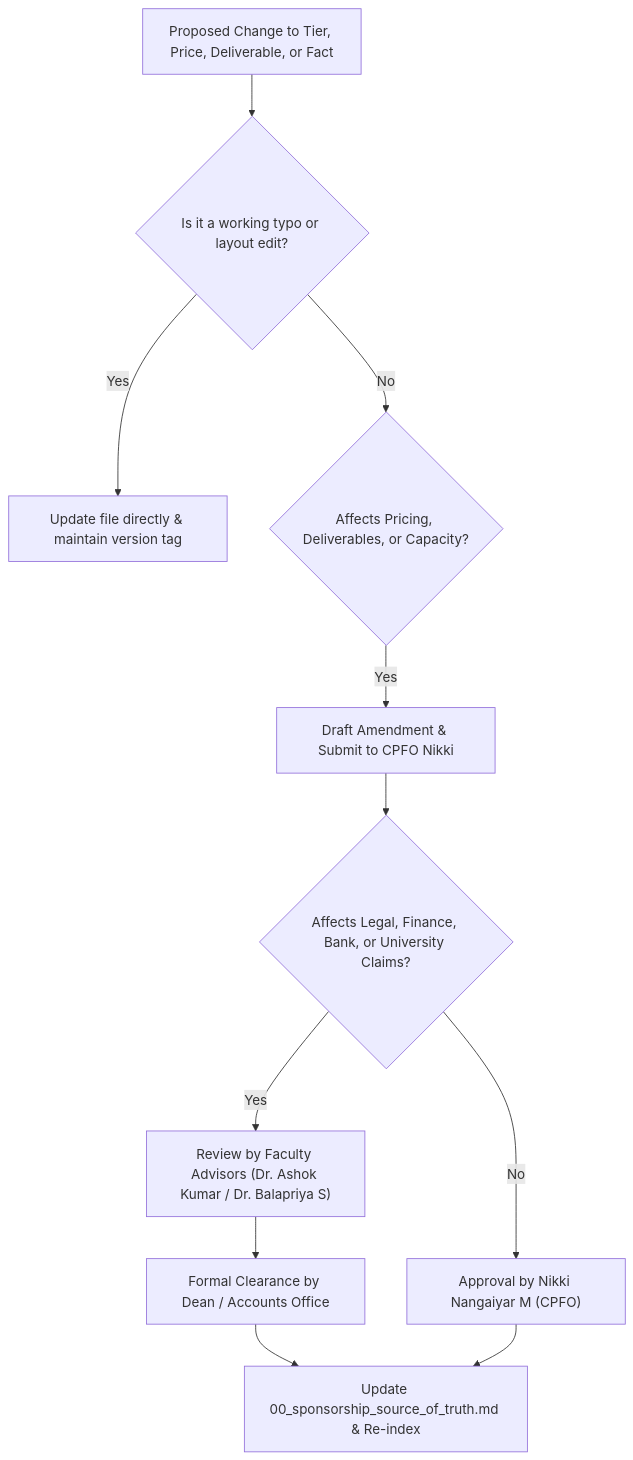
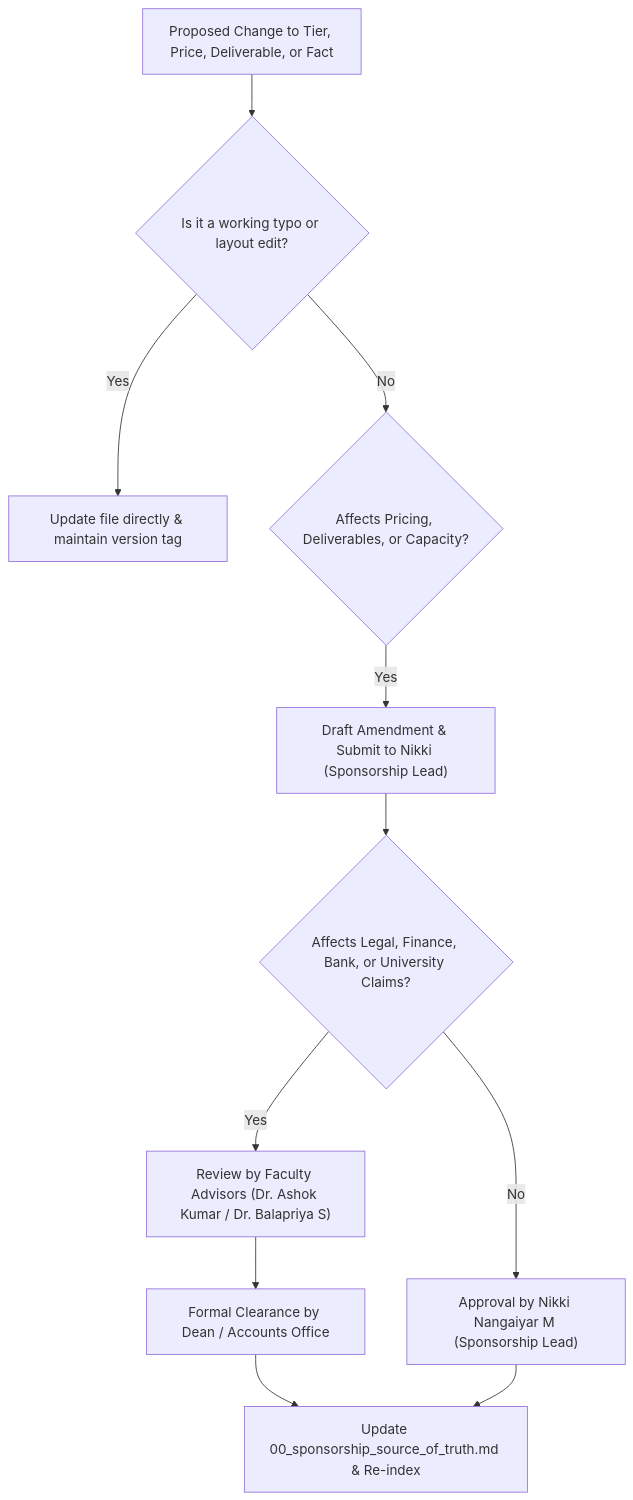
One commit to MasterZ1311/Kairos changed the diagram in teams/01_sponsorship_and_partnerships/00_sponsorship_source_of_truth.md. Above: the diagram before and after it, drawn with Mermaid. The commit also changed other lines of this file and 48 other files, not shown here.

````diff
--- a/teams/01_sponsorship_and_partnerships/00_sponsorship_source_of_truth.md
+++ b/teams/01_sponsorship_and_partnerships/00_sponsorship_source_of_truth.md
@@ -106,13 +106,13 @@
 ```mermaid
 graph TD
     A["Proposed Change to Tier, Price, Deliverable, or Fact"] --> B{"Is it a working typo or layout edit?"}
     B -- Yes --> C["Update file directly & maintain version tag"]
     B -- No --> D{"Affects Pricing, Deliverables, or Capacity?"}
-    D -- Yes --> E["Draft Amendment & Submit to CPFO Nikki"]
+    D -- Yes --> E["Draft Amendment & Submit to Nikki (Sponsorship Lead)"]
     E --> F{"Affects Legal, Finance, Bank, or University Claims?"}
-    F -- No --> G["Approval by Nikki Nangaiyar M (CPFO)"]
+    F -- No --> G["Approval by Nikki Nangaiyar M (Sponsorship Lead)"]
     F -- Yes --> H["Review by Faculty Advisors (Dr. Ashok Kumar / Dr. Balapriya S)"]
     H --> I["Formal Clearance by Dean / Accounts Office"]
     I --> J["Update 00_sponsorship_source_of_truth.md & Re-index"]
     G --> J
 ```
````
